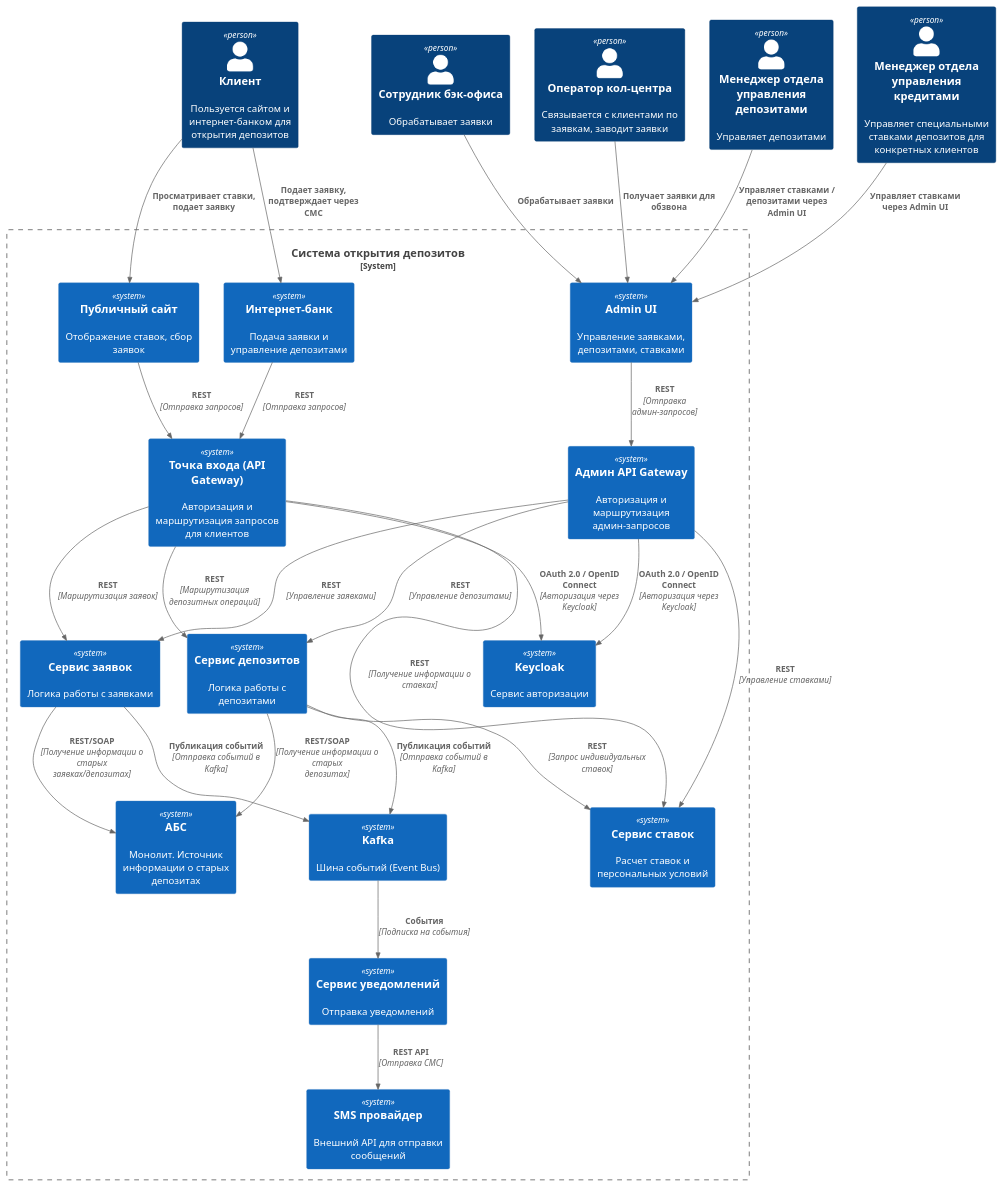
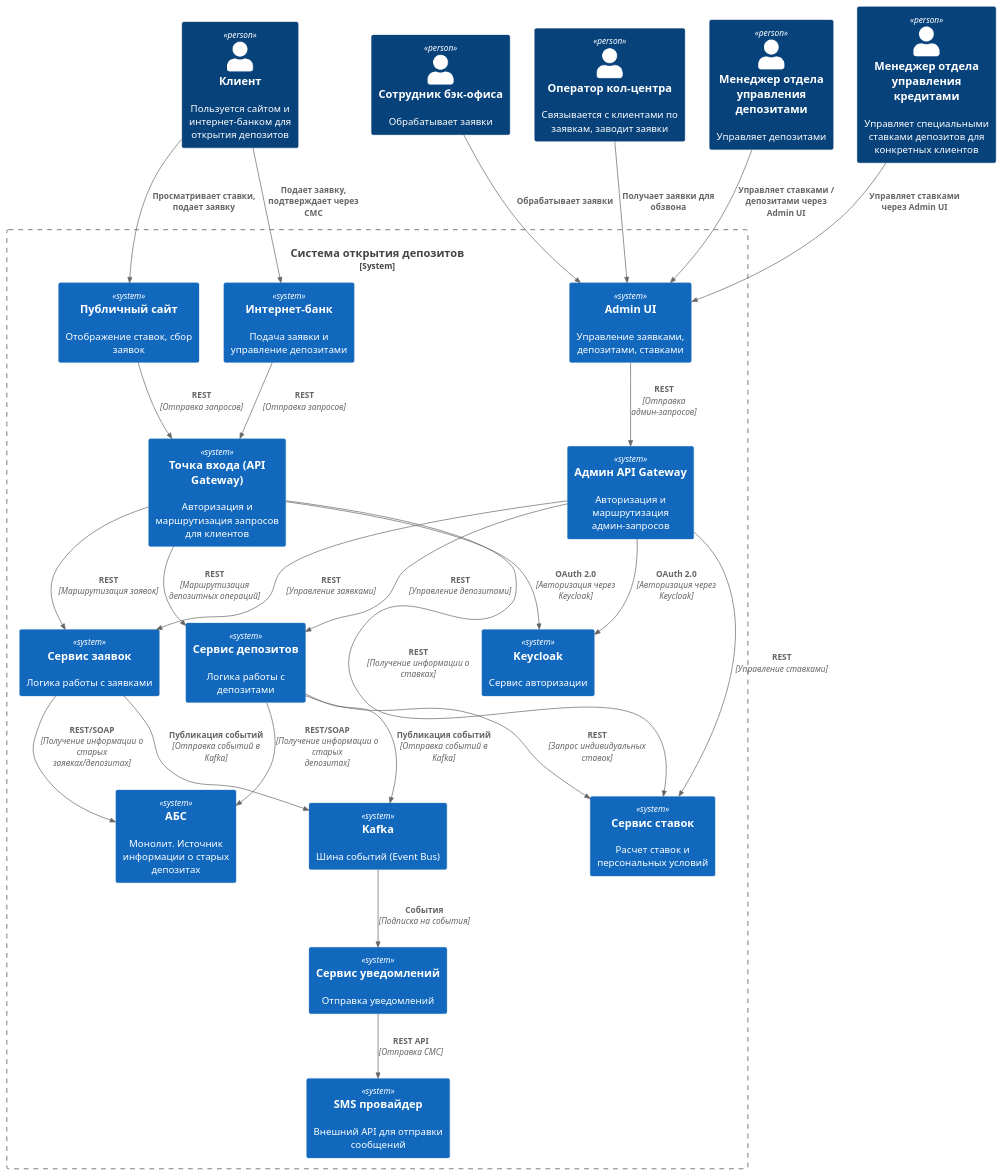
One commit to VasyaKing/architecture-standart changed the diagram in Task3/context.puml. Above: the diagram before and after it, drawn with PlantUML. The commit also changed 12 other files, not shown here.

```diff
--- a/Task3/context.puml
+++ b/Task3/context.puml
@@ -1,56 +1,56 @@
 @startuml
 !include ../c4/C4_Context.puml
 
 Person(client, "Клиент", "Пользуется сайтом и интернет-банком для открытия депозитов")
 Person(backoffice, "Сотрудник бэк-офиса", "Обрабатывает заявки")
 Person(callcenter, "Оператор кол-центра", "Связывается с клиентами по заявкам, заводит заявки")
 Person(manager_deposit, "Менеджер отдела управления депозитами", "Управляет заявками")
 Person(manager_deposit, "Менеджер отдела управления депозитами", "Управляет ставками депозитов")
 Person(manager_deposit, "Менеджер отдела управления депозитами", "Управляет депозитами")
 Person(manager_credit, "Менеджер отдела управления кредитами", "Управляет специальными ставками депозитов для конкретных клиентов")
 
 System_Boundary(system, "Система открытия депозитов") {
   System(web_app, "Публичный сайт", "Отображение ставок, сбор заявок")
   System(ib_app, "Интернет-банк", "Подача заявки и управление депозитами")
   System(ms_gateway, "Точка входа (API Gateway)", "Авторизация и маршрутизация запросов для клиентов")
   System(admin_gateway, "Админ API Gateway", "Авторизация и маршрутизация админ-запросов")
   System(auth, "Keycloak", "Сервис авторизации")
   System(ms_lead, "Сервис заявок", "Логика работы с заявками")
   System(ms_deposit, "Сервис депозитов", "Логика работы с депозитами")
   System(ms_rate, "Сервис ставок", "Расчет ставок и персональных условий")
   System(admin_ui, "Admin UI", "Управление заявками, депозитами, ставками")
   System(ms_abs, "АБС", "Монолит. Источник информации о старых депозитах")
   System(ms_notification, "Сервис уведомлений", "Отправка уведомлений")
   System(queue, "Kafka", "Шина событий (Event Bus)")
   System(sms_provider, "SMS провайдер", "Внешний API для отправки сообщений")
 }
 
 Rel(client, web_app, "Просматривает ставки, подает заявку")
 Rel(client, ib_app, "Подает заявку, подтверждает через СМС")
 Rel(web_app, ms_gateway, "REST", "Отправка запросов")
 Rel(ib_app, ms_gateway, "REST", "Отправка запросов")
-Rel(ms_gateway, auth, "OAuth 2.0 / OpenID Connect", "Авторизация через Keycloak")
+Rel(ms_gateway, auth, "OAuth 2.0", "Авторизация через Keycloak")
 Rel(ms_gateway, ms_lead, "REST", "Маршрутизация заявок")
 Rel(ms_gateway, ms_deposit, "REST", "Маршрутизация депозитных операций")
 Rel(ms_gateway, ms_rate, "REST", "Получение информации о ставках")
 
 Rel(admin_ui, admin_gateway, "REST", "Отправка админ-запросов")
-Rel(admin_gateway, auth, "OAuth 2.0 / OpenID Connect", "Авторизация через Keycloak")
+Rel(admin_gateway, auth, "OAuth 2.0", "Авторизация через Keycloak")
 Rel(admin_gateway, ms_lead, "REST", "Управление заявками")
 Rel(admin_gateway, ms_deposit, "REST", "Управление депозитами")
 Rel(admin_gateway, ms_rate, "REST", "Управление ставками")
 
 Rel(ms_lead, ms_abs, "REST/SOAP", "Получение информации о старых заявках/депозитах")
 Rel(ms_deposit, ms_abs, "REST/SOAP", "Получение информации о старых депозитах")
 Rel(ms_deposit, ms_rate, "REST", "Запрос индивидуальных ставок")
 Rel(ms_lead, queue, "Публикация событий", "Отправка событий в Kafka")
 Rel(ms_deposit, queue, "Публикация событий", "Отправка событий в Kafka")
 Rel(queue, ms_notification, "События", "Подписка на события")
 Rel(ms_notification, sms_provider, "REST API", "Отправка СМС")
 
 Rel(manager_deposit, admin_ui, "Управляет ставками / депозитами через Admin UI")
 Rel(manager_credit, admin_ui, "Управляет ставками через Admin UI")
 Rel(backoffice, admin_ui, "Обрабатывает заявки")
 Rel(callcenter, admin_ui, "Получает заявки для обзвона")
 
 @enduml
```
